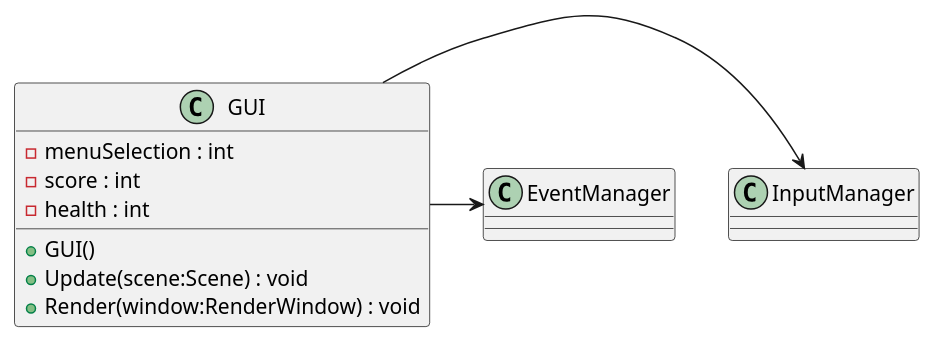
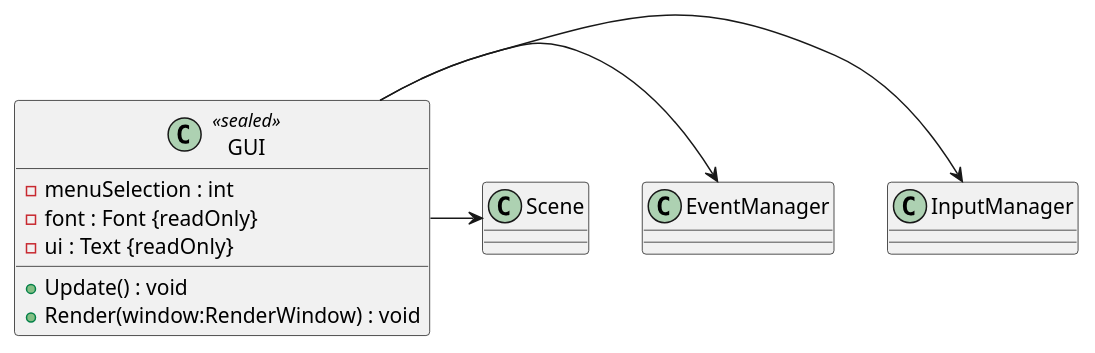
Before and after one commit to Ruby1405/PaceInvaders: the diagram in plantuml/GUI.puml, drawn with PlantUML. The commit also changed 15 other files, not shown here.

Commit message:
updated class diagram

```diff
--- a/plantuml/GUI.puml
+++ b/plantuml/GUI.puml
@@ -1,12 +1,12 @@
 @startuml
-class GUI {
+class GUI <<sealed>> {
     - menuSelection : int
-    - score : int
-    - health : int
-    + GUI()
-    + Update(scene:Scene) : void
+    - font : Font {readOnly}
+    - ui : Text {readOnly}
+    + Update() : void
     + Render(window:RenderWindow) : void
 }
 GUI -> InputManager
 GUI -> EventManager
+GUI -> Scene
 @enduml
```
